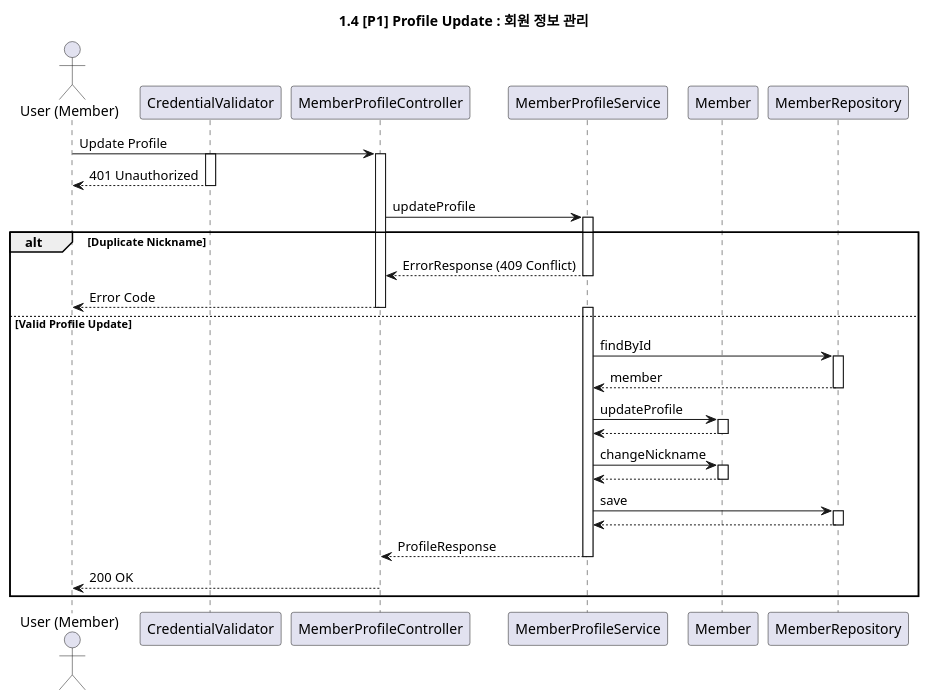
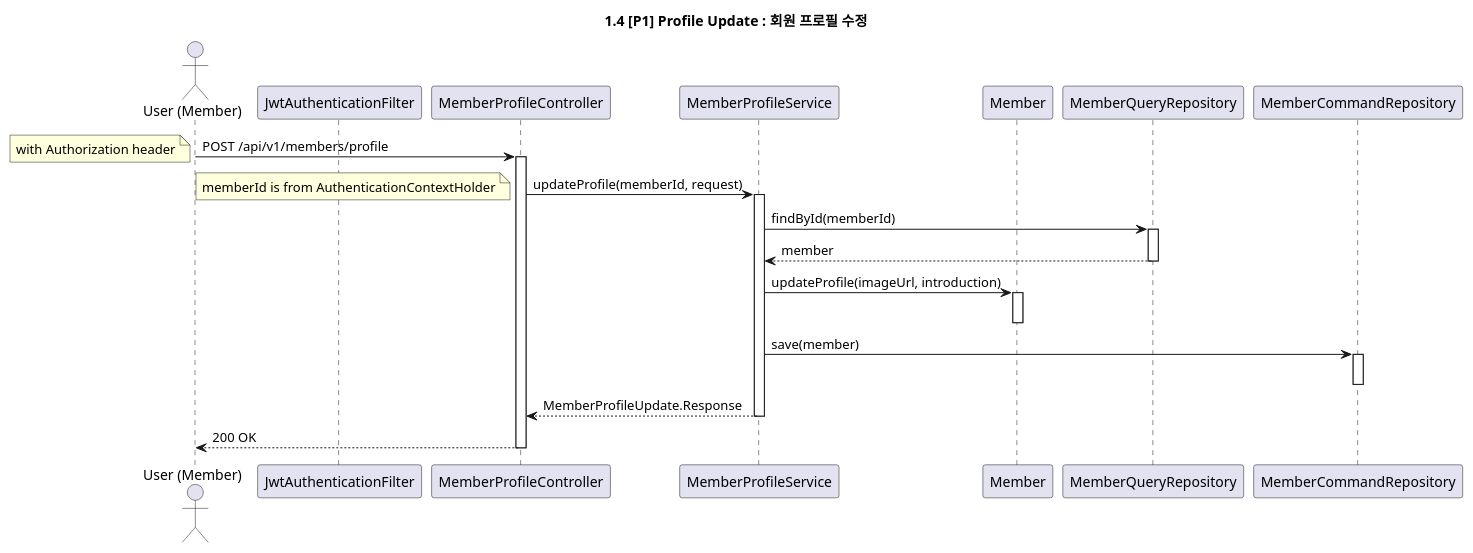
The diagram in docs/sequences/1.4_profile_update.puml (f-lab-edu/learning-manager), drawn with PlantUML before and after one commit. The commit also changed 49 other files, not shown here.

```diff
--- a/docs/sequences/1.4_profile_update.puml
+++ b/docs/sequences/1.4_profile_update.puml
@@ -1,56 +1,40 @@
 @startuml
 
-title 1.4 [P1] Profile Update : 회원 정보 관리
+title 1.4 [P1] Profile Update : 회원 프로필 수정
 
 actor "User (Member)" as User
-participant "CredentialValidator" as Validator
+participant "JwtAuthenticationFilter" as Filter
 participant "MemberProfileController" as Controller
 participant "MemberProfileService" as AppService
 participant "Member" as MemberDomain
-participant "MemberRepository" as Repository
+participant "MemberQueryRepository" as QueryRepo
+participant "MemberCommandRepository" as CommandRepo
 
-User -> Controller: Update Profile
-activate Validator
+User -> Controller: POST /api/v1/members/profile
+note left: with Authorization header
 activate Controller
-Validator --> User: 401 Unauthorized
-deactivate Validator
 
-Controller -> AppService: updateProfile
+Controller -> AppService: updateProfile(memberId, request)
+note left: memberId is from AuthenticationContextHolder
+activate AppService
 
-alt Duplicate Nickname
-    activate AppService
-    AppService --> Controller: ErrorResponse (409 Conflict)
-    deactivate AppService
-    Controller --> User: Error Code
-    deactivate Controller
-else Valid Profile Update
-    activate AppService
-    AppService -> Repository: findById
-    activate Repository
-    Repository --> AppService: member
-deactivate Repository
+AppService -> QueryRepo: findById(memberId)
+activate QueryRepo
+QueryRepo --> AppService: member
+deactivate QueryRepo
 
-AppService -> MemberDomain: updateProfile
+AppService -> MemberDomain: updateProfile(imageUrl, introduction)
 activate MemberDomain
-MemberDomain --> AppService
 deactivate MemberDomain
 
-AppService -> MemberDomain: changeNickname
-activate MemberDomain
-MemberDomain --> AppService
-deactivate MemberDomain
+AppService -> CommandRepo: save(member)
+activate CommandRepo
+deactivate CommandRepo
 
-AppService -> Repository: save
-activate Repository
-Repository --> AppService
-deactivate Repository
-
-AppService --> Controller: ProfileResponse
+AppService --> Controller: MemberProfileUpdate.Response
 deactivate AppService
-
 
 Controller --> User: 200 OK
 deactivate Controller
 
-end
 @enduml
```
